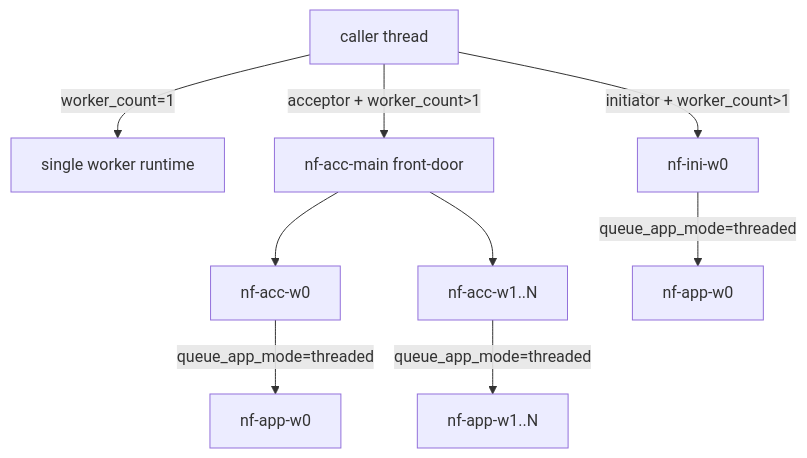
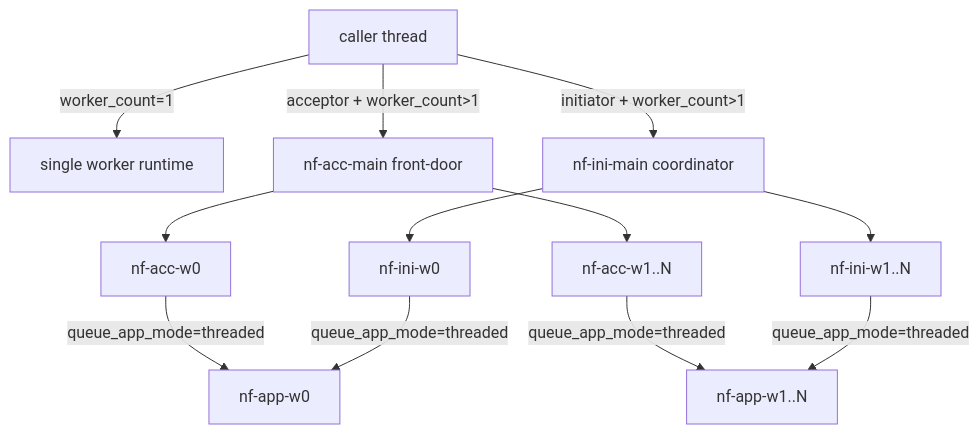
Before and after one commit to yhwwwwww/nimblefix: the fourth of 4 diagrams in docs/architecture.md, drawn with Mermaid. The commit also changed other lines of this file and 13 other files, not shown here.

````diff
--- a/docs/architecture.md
+++ b/docs/architecture.md
@@ -739,11 +740,14 @@
 ```mermaid
 flowchart TB
     CALLER["caller thread"] -->|worker_count=1| ONE["single worker runtime"]
     CALLER -->|acceptor + worker_count>1| FD["nf-acc-main front-door"]
-    CALLER -->|initiator + worker_count>1| W0["nf-ini-w0"]
-    FD --> W1["nf-acc-w0"]
-    FD --> W2["nf-acc-w1..N"]
-    W0 -->|queue_app_mode=threaded| A0["nf-app-w0"]
-    W1 -->|queue_app_mode=threaded| A1["nf-app-w0"]
-    W2 -->|queue_app_mode=threaded| A2["nf-app-w1..N"]
+    CALLER -->|initiator + worker_count>1| IM["nf-ini-main coordinator"]
+    FD --> AW0["nf-acc-w0"]
+    FD --> AWN["nf-acc-w1..N"]
+    IM --> IW0["nf-ini-w0"]
+    IM --> IWN["nf-ini-w1..N"]
+    AW0 -->|queue_app_mode=threaded| A0["nf-app-w0"]
+    AWN -->|queue_app_mode=threaded| AN["nf-app-w1..N"]
+    IW0 -->|queue_app_mode=threaded| A0
+    IWN -->|queue_app_mode=threaded| AN
 ```
````
